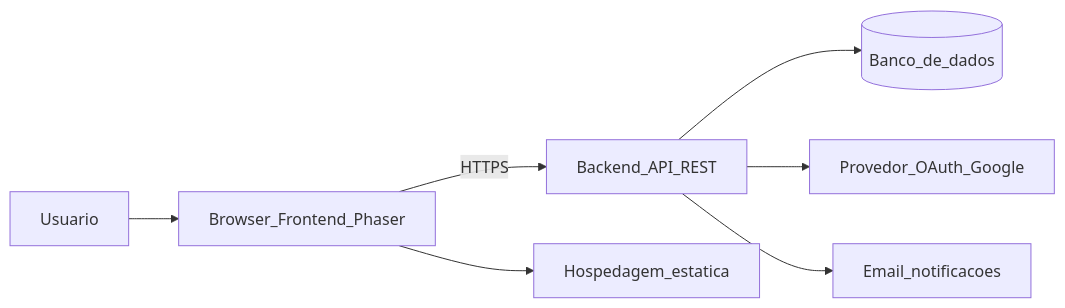
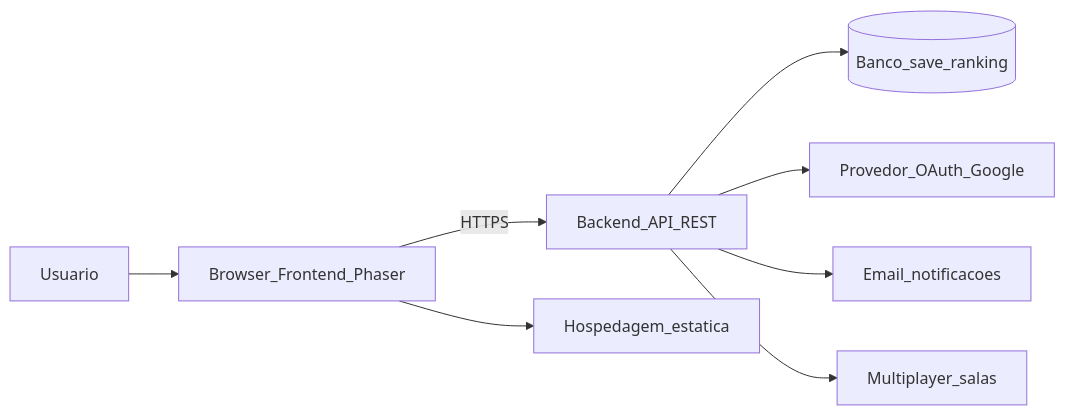
Before and after one commit to ViViJp/jogo-projeto-topicos-especiais: the first of 3 diagrams in isn/docs/sprint1/05-diagramas-de-blocos.md, drawn with Mermaid. The commit also changed other lines of this file and 8 other files, not shown here.

First line of the commit message:
docs(isn): implante obrigatório e multiplayer nos diagramas

````diff
--- a/isn/docs/sprint1/05-diagramas-de-blocos.md
+++ b/isn/docs/sprint1/05-diagramas-de-blocos.md
@@ -14,17 +14,19 @@
 ```mermaid
 flowchart LR
   usuario[Usuario]
   browser[Browser_Frontend_Phaser]
   api[Backend_API_REST]
-  db[(Banco_de_dados)]
+  db[(Banco_save_ranking)]
   oauth[Provedor_OAuth_Google]
   email[Email_notificacoes]
+  mp[Multiplayer_salas]
   static[Hospedagem_estatica]
 
   usuario --> browser
   browser --> static
   browser -->|HTTPS| api
   api --> db
   api --> oauth
   api --> email
+  api --> mp
 ```
````
